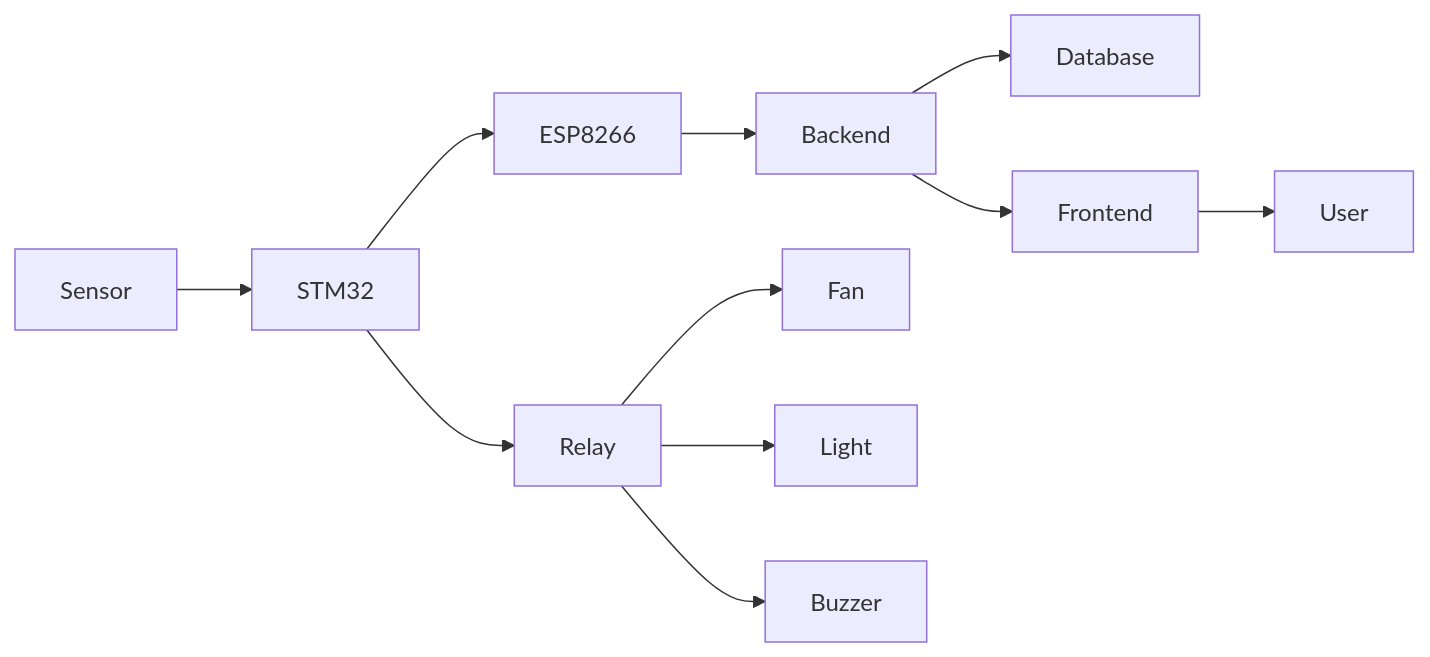
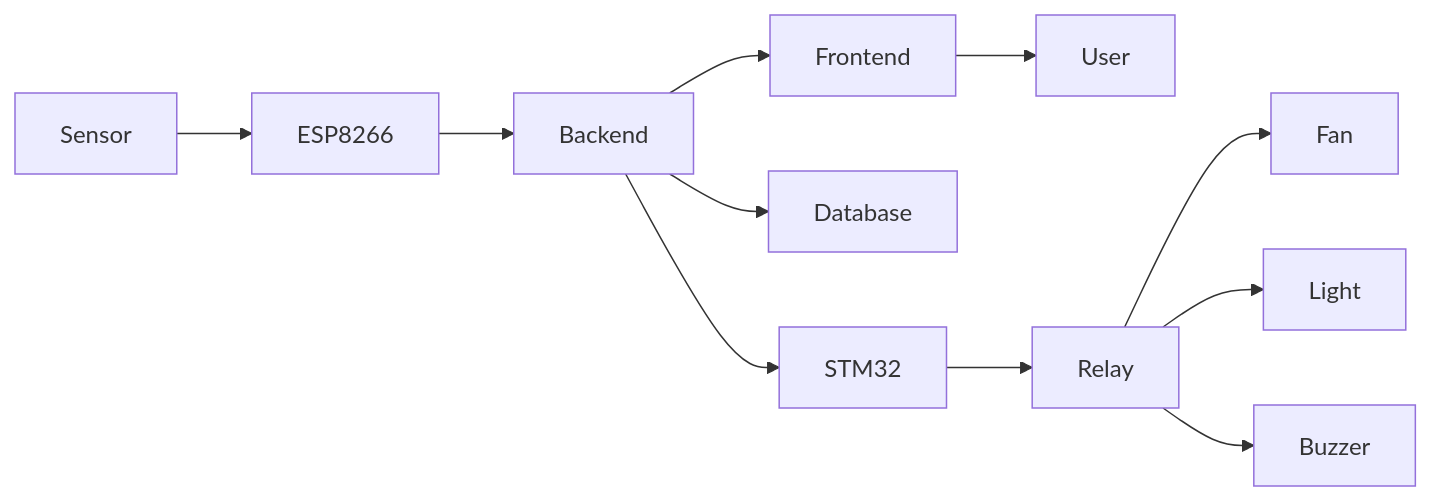
The seventh of 8 diagrams in docs/architecture/backend.md (jostran1406/Phase_2_Group_11), drawn with Mermaid before and after one commit. The commit also changed other lines of this file and 1 other file, not shown here.

Commit message:
Update frontend and backend architecture based on mentor feedback

````diff
--- a/docs/architecture/backend.md
+++ b/docs/architecture/backend.md
@@ -181,59 +181,63 @@
 ```mermaid
 
 graph LR
 
 Sensor
 
 -->
 
-STM32
+ESP8266
 
 -->
 
-ESP8266
+Backend
+
+Backend
 
 -->
+
+STM32
 
 Backend
 
 -->
 
 Database
 
 Backend
 
 -->
 
 Frontend
 
 Frontend
 
 -->
 
 User
 
 STM32
 
 -->
 
 Relay
 
 Relay
 
 -->
 
 Fan
 
 Relay
 
 -->
 
 Light
 
 Relay
 
 -->
 
 Buzzer
 
 ```
````
